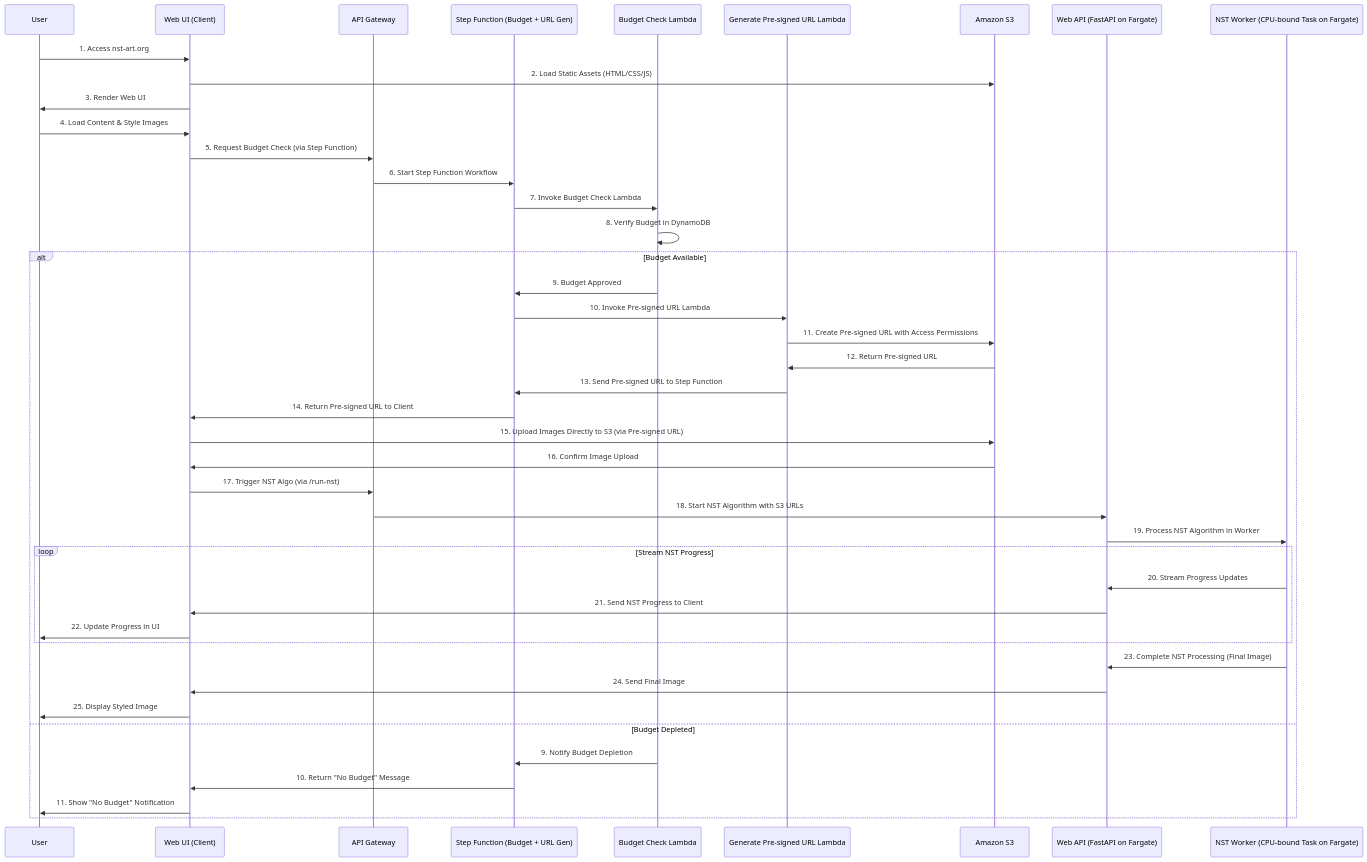
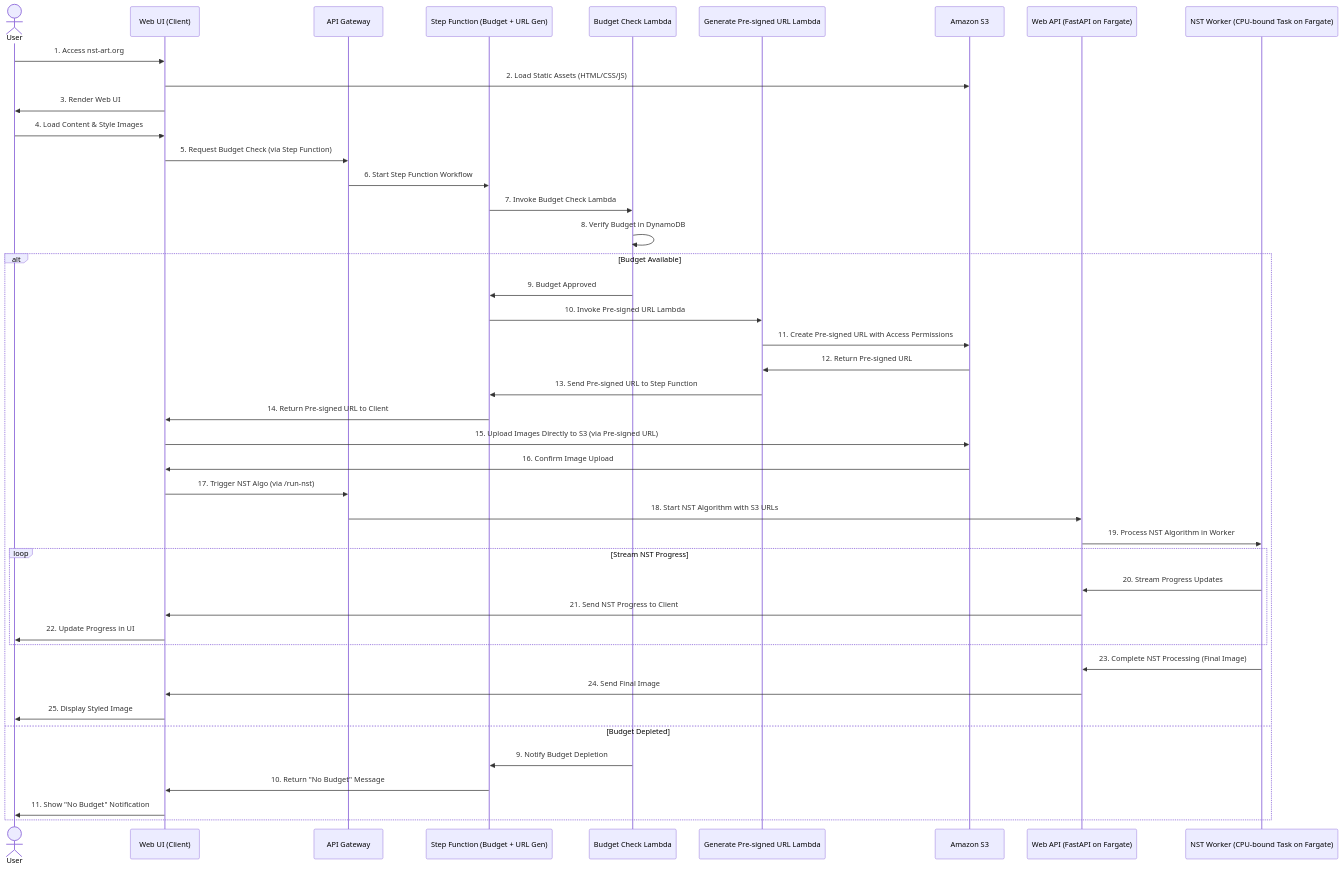
Before and after one commit to boromir674/nst-saas: the diagram in README.md, drawn with Mermaid. The commit also changed other lines of this file, not shown here.

````diff
--- a/README.md
+++ b/README.md
@@ -66,51 +46,51 @@
 ```mermaid
 sequenceDiagram
-    participant User
+    actor User
     participant WebUI as Web UI (Client)
     participant APIGateway as API Gateway
     participant StepFunction as Step Function (Budget + URL Gen)
     participant BudgetCheckLambda as Budget Check Lambda
     participant URLGenLambda as Generate Pre-signed URL Lambda
     participant S3 as Amazon S3
     participant WebAPI as Web API (FastAPI on Fargate)
     participant NSTWorker as NST Worker (CPU-bound Task on Fargate)
 
     User->>WebUI: 1. Access nst-art.org
     WebUI->>S3: 2. Load Static Assets (HTML/CSS/JS)
     WebUI->>User: 3. Render Web UI
     User->>WebUI: 4. Load Content & Style Images
     WebUI->>APIGateway: 5. Request Budget Check (via Step Function)
 
     APIGateway->>StepFunction: 6. Start Step Function Workflow
     StepFunction->>BudgetCheckLambda: 7. Invoke Budget Check Lambda
     BudgetCheckLambda->>BudgetCheckLambda: 8. Verify Budget in DynamoDB
     alt Budget Available
         BudgetCheckLambda->>StepFunction: 9. Budget Approved
         StepFunction->>URLGenLambda: 10. Invoke Pre-signed URL Lambda
         URLGenLambda->>S3: 11. Create Pre-signed URL with Access Permissions
         S3->>URLGenLambda: 12. Return Pre-signed URL
         URLGenLambda->>StepFunction: 13. Send Pre-signed URL to Step Function
         StepFunction->>WebUI: 14. Return Pre-signed URL to Client
 
         WebUI->>S3: 15. Upload Images Directly to S3 (via Pre-signed URL)
         S3->>WebUI: 16. Confirm Image Upload
 
         WebUI->>APIGateway: 17. Trigger NST Algo (via /run-nst)
         APIGateway->>WebAPI: 18. Start NST Algorithm with S3 URLs
         WebAPI->>NSTWorker: 19. Process NST Algorithm in Worker
 
         loop Stream NST Progress
             NSTWorker->>WebAPI: 20. Stream Progress Updates
             WebAPI->>WebUI: 21. Send NST Progress to Client
             WebUI->>User: 22. Update Progress in UI
         end
 
         NSTWorker->>WebAPI: 23. Complete NST Processing (Final Image)
         WebAPI->>WebUI: 24. Send Final Image
         WebUI->>User: 25. Display Styled Image
     else Budget Depleted
         BudgetCheckLambda->>StepFunction: 9. Notify Budget Depletion
         StepFunction->>WebUI: 10. Return "No Budget" Message
         WebUI->>User: 11. Show "No Budget" Notification
     end
 ```
````
